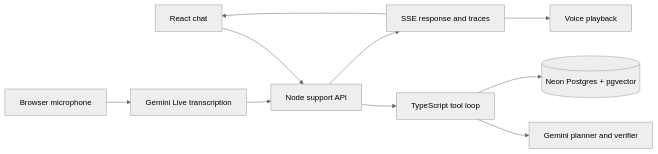
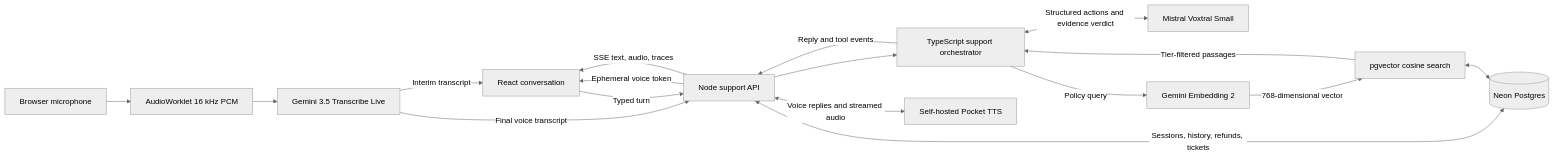
The diagram in README.md (Jugal-JG/Loopp), drawn with Mermaid (neutral theme) before and after one commit. The commit also changed other lines of this file and 21 other files, not shown here.

Commit message:
Use local Pocket TTS and Voxtral for Loopp support

````diff
--- a/README.md
+++ b/README.md
@@ -18,12 +18,19 @@
 ```mermaid
 flowchart LR
-    Chat[React chat] --> API[Node support API]
-    Mic[Browser microphone] --> STT[Gemini Live transcription]
-    STT --> API
-    API --> Agent[TypeScript tool loop]
-    Agent --> Gemini[Gemini planner and verifier]
-    Agent --> DB[(Neon Postgres + pgvector)]
-    API --> SSE[SSE response and traces]
-    SSE --> Chat
-    SSE --> Audio[Voice playback]
+    Mic[Browser microphone] --> Worklet[AudioWorklet 16 kHz PCM]
+    Worklet --> STT[Gemini 3.5 Transcribe Live]
+    STT -->|Interim transcript| UI[React conversation]
+    STT -->|Final voice transcript| API[Node support API]
+    UI -->|Typed turn| API
+    API -->|Ephemeral voice token| UI
+    API --> Agent[TypeScript support orchestrator]
+    API <-->|Sessions, history, refunds, tickets| DB[(Neon Postgres)]
+    Agent <-->|Structured actions and evidence verdict| Mistral[Mistral Voxtral Small]
+    Agent -->|Policy query| Embed[Gemini Embedding 2]
+    Embed -->|768-dimensional vector| Search[pgvector cosine search]
+    Search <--> DB
+    Search -->|Tier-filtered passages| Agent
+    Agent -->|Reply and tool events| API
+    API <-->|Voice replies and streamed audio| TTS[Self-hosted Pocket TTS]
+    API -->|SSE text, audio, traces| UI
 ```
````
